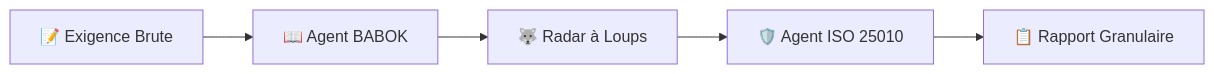
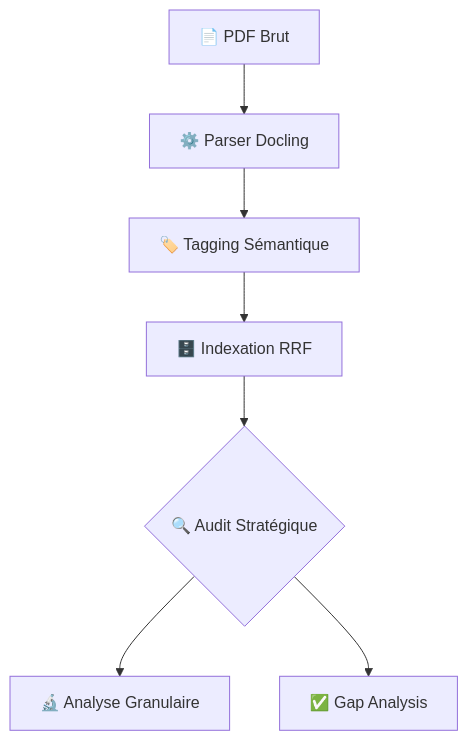
The diagram in ARCHITECTURE.md (RodMan121/rfp-analyse-ia), drawn with Mermaid before and after one commit. The commit also changed other lines of this file and 3 other files, not shown here.

````diff
--- a/ARCHITECTURE.md
+++ b/ARCHITECTURE.md
@@ -11,7 +9,9 @@
 ```mermaid
-graph LR
-    A[📝 Exigence Brute] --> B[📖 Agent BABOK]
-    B --> C[🐺 Radar à Loups]
-    C --> D[🛡️ Agent ISO 25010]
-    D --> E[📋 Rapport Granulaire]
+graph TD
+    A[📄 PDF Brut] --> B[⚙️ Parser Docling]
+    B --> C[🏷️ Tagging Sémantique]
+    C --> D[🗄️ Indexation RRF]
+    D --> E{🔍 Audit Stratégique}
+    E --> F[🔬 Analyse Granulaire]
+    E --> G[✅ Gap Analysis]
 ```
````
